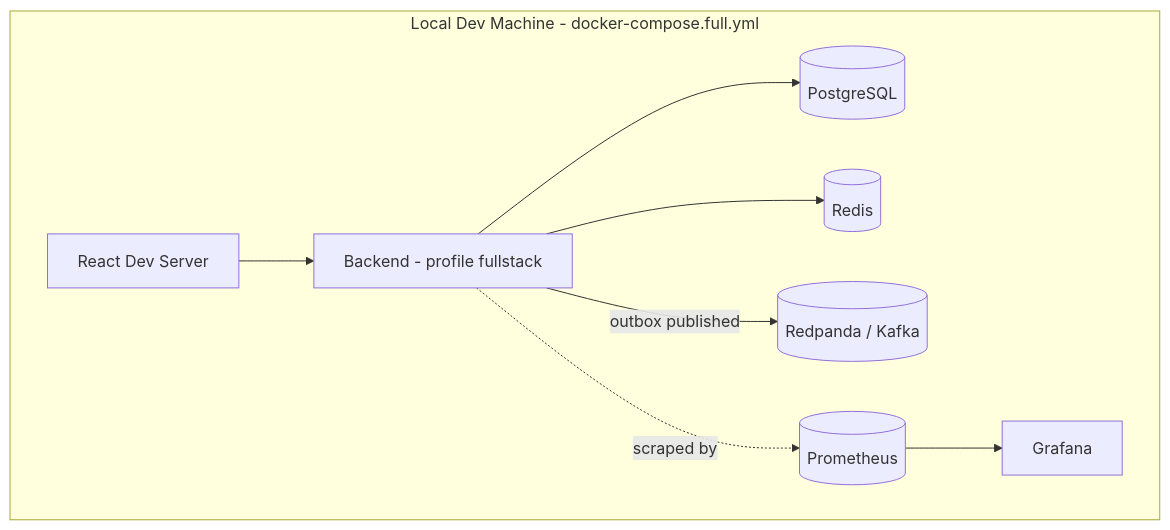
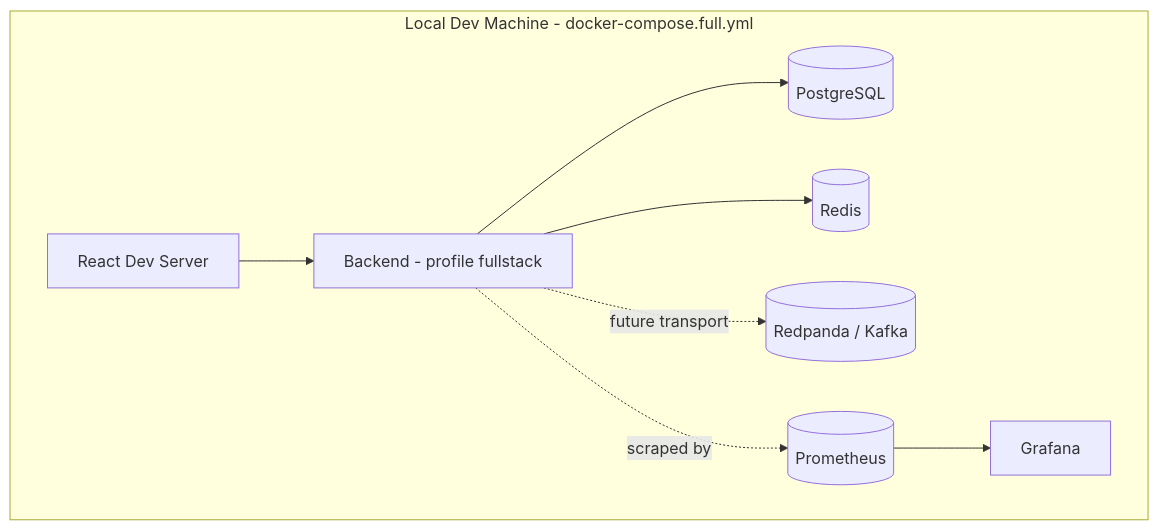
The second of 9 diagrams in docs/ARCHITECTURE.md (Praciller/opspulse-ai), drawn with Mermaid before and after one commit. The commit also changed other lines of this file and 14 other files, not shown here.

First line of the commit message:
docs: phase handoffs, roadmap, ADR updates, and fullstack profile

````diff
--- a/docs/ARCHITECTURE.md
+++ b/docs/ARCHITECTURE.md
@@ -95,18 +95,18 @@
 ```mermaid
 flowchart TB
     subgraph Local[Local Dev Machine - docker-compose.full.yml]
         Backend[Backend - profile fullstack]
         Postgres[(PostgreSQL)]
         Redis[(Redis)]
         Redpanda[(Redpanda / Kafka)]
         Prom[(Prometheus)]
         Grafana[Grafana]
         UI[React Dev Server]
     end
     UI --> Backend
     Backend --> Postgres
     Backend --> Redis
-    Backend -->|outbox published| Redpanda
+    Backend -.future transport.-> Redpanda
     Backend -.scraped by.-> Prom
     Prom --> Grafana
 ```
````
